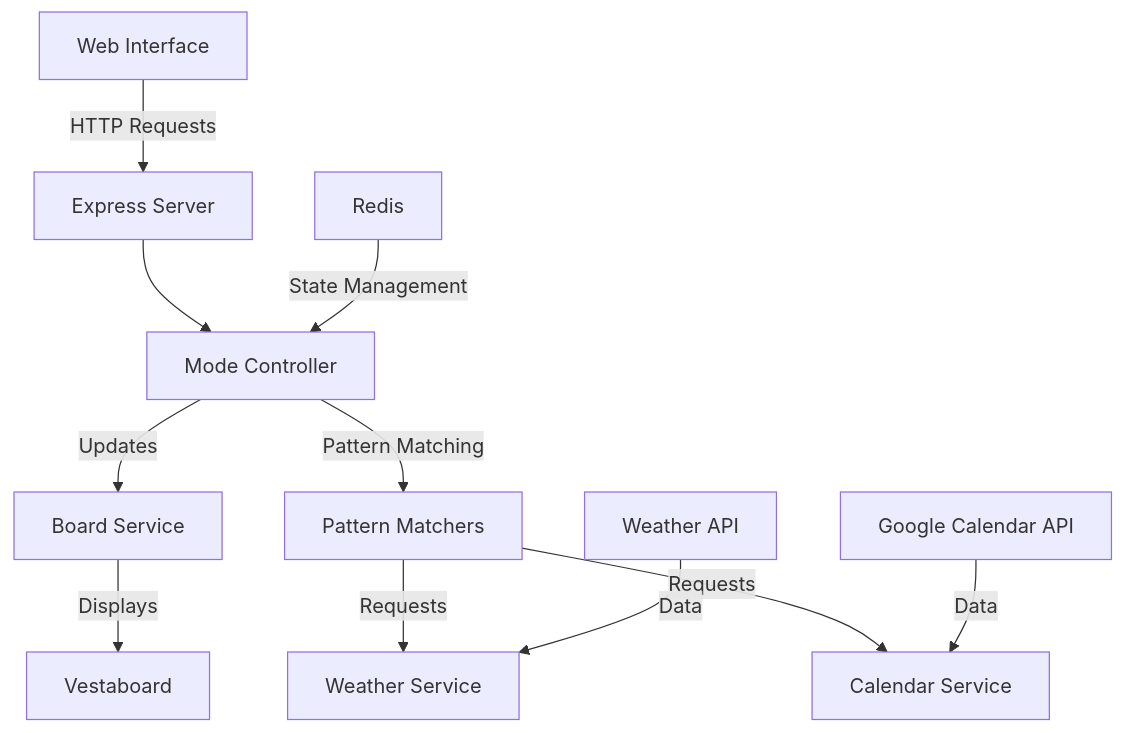
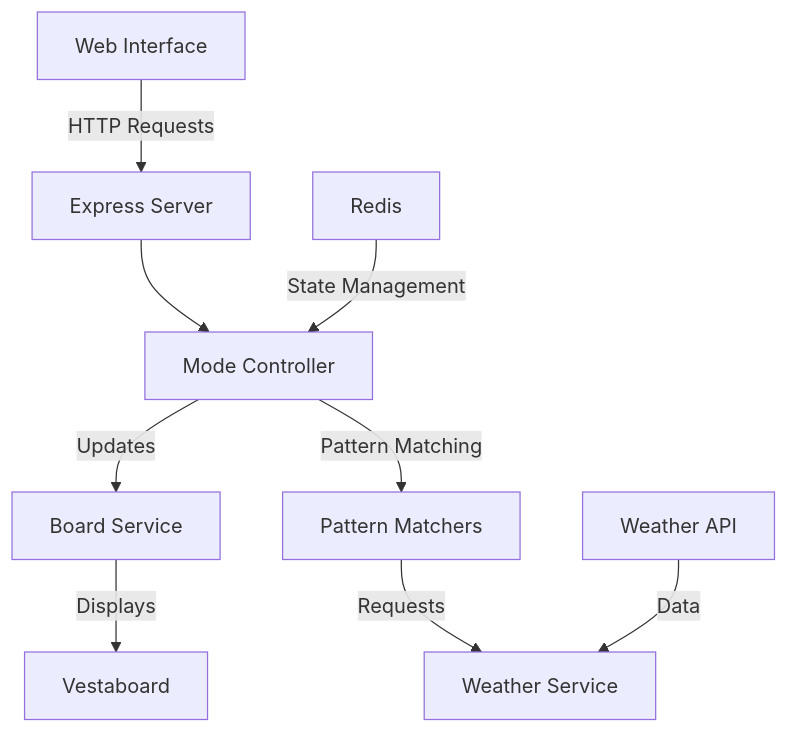
One commit to lokesh/vestaboard-server changed the diagram in README.md. Above: the diagram before and after it, drawn with Mermaid. The commit also changed other lines of this file and 20 other files, not shown here.

First line of the commit message:
remove Google Calendar: calendar mode, OAuth flow, and calendar-sourced birthdays

````diff
--- a/README.md
+++ b/README.md
@@ -7,16 +7,14 @@
 ```mermaid
 graph TD
     A[Web Interface] -->|HTTP Requests| B[Express Server]
     B --> C[Mode Controller]
     C -->|Updates| D[Board Service]
     D -->|Displays| E[Vestaboard]
 
     C -->|Pattern Matching| J[Pattern Matchers]
     J -->|Requests| F[Weather Service]
-    J -->|Requests| G[Calendar Service]
 
-    H[Google Calendar API] -->|Data| G
     I[Weather API] -->|Data| F
 
     K[Redis] -->|State Management| C
 ```
````
